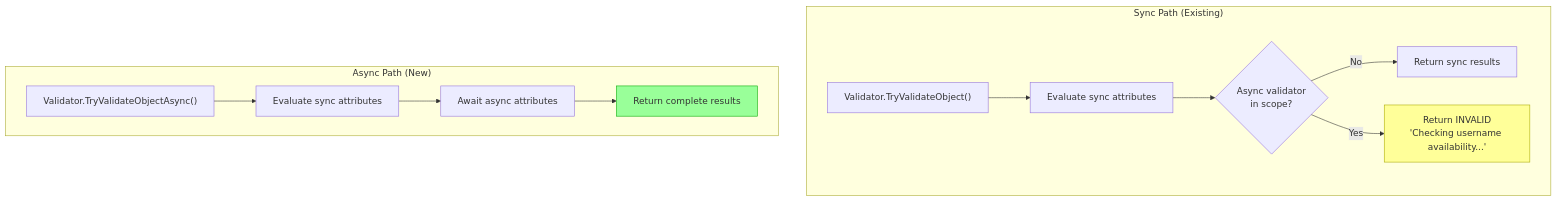
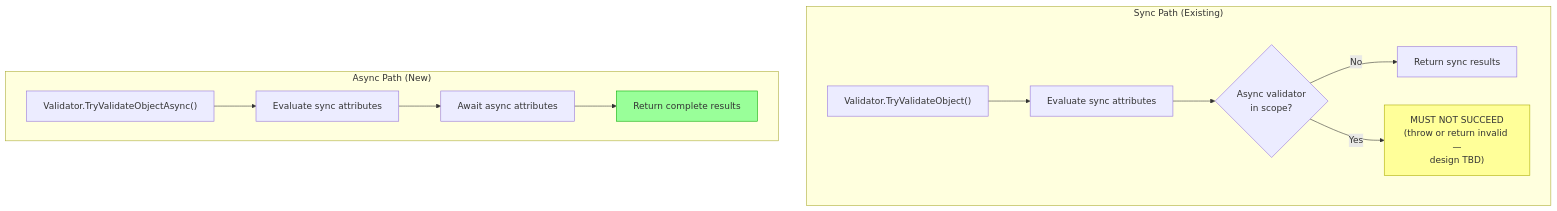
The diagram in 09-async-validation-gap.md (jeffhandley/dataannotations-validation), drawn with Mermaid before and after one commit. The commit also changed other lines of this file and 13 other files, not shown here.

````diff
--- a/09-async-validation-gap.md
+++ b/09-async-validation-gap.md
@@ -65,18 +109,18 @@
 ```mermaid
 flowchart TD
     subgraph "Sync Path (Existing)"
         SyncCall["Validator.TryValidateObject()"] --> SyncAttrs["Evaluate sync attributes"]
         SyncAttrs --> AsyncCheck{"Async validator\nin scope?"}
         AsyncCheck -->|No| SyncResult["Return sync results"]
-        AsyncCheck -->|Yes| Incomplete["Return INVALID\n'Checking username availability...'"]
+        AsyncCheck -->|Yes| Incomplete["MUST NOT SUCCEED\n(throw or return invalid —\ndesign TBD)"]
     end
 
     subgraph "Async Path (New)"
         AsyncCall["Validator.TryValidateObjectAsync()"] --> AllSync["Evaluate sync attributes"]
         AllSync --> AwaitAsync["Await async attributes"]
         AwaitAsync --> FinalResult["Return complete results"]
     end
 
     style Incomplete fill:#ff9,stroke:#aa0
     style FinalResult fill:#9f9,stroke:#0a0
 ```
````
